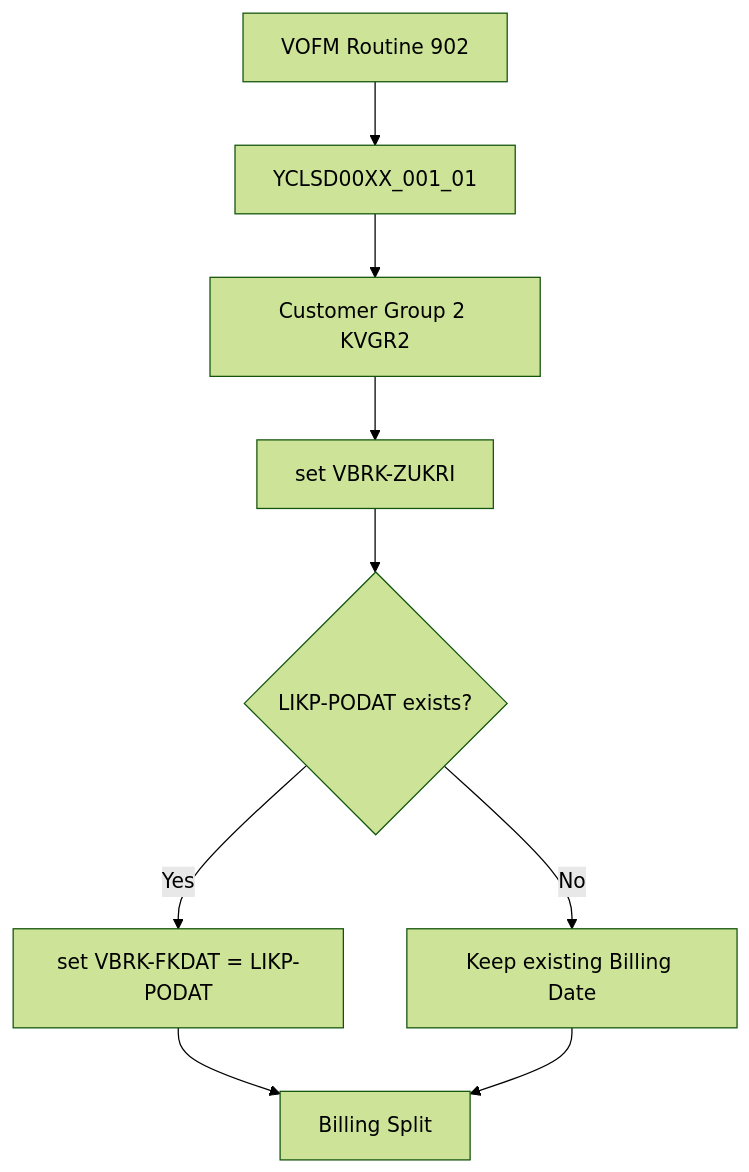
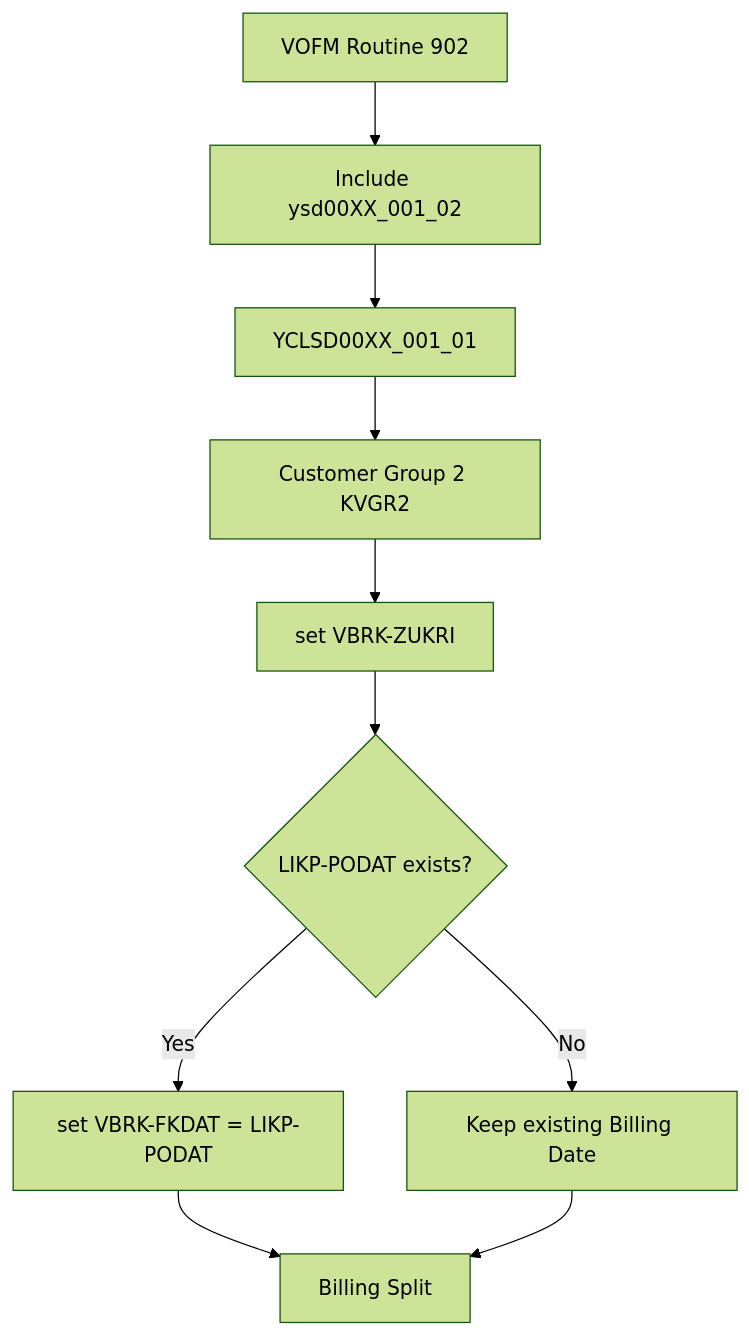
The second of 2 diagrams in sap/abap/Classical/demo1/README.md (blackif/demo), drawn with Mermaid (forest theme) before and after one commit. The commit also changed other lines of this file, not shown here.

Commit message:
docs: update demo1 flow diagrams with includes

````diff
--- a/sap/abap/Classical/demo1/README.md
+++ b/sap/abap/Classical/demo1/README.md
@@ -67,11 +72,12 @@
 ```mermaid
 flowchart TD
-    A2[VOFM Routine 902] --> B2[YCLSD00XX_001_01]
-    B2 --> C2[Customer Group 2 KVGR2]
-    C2 --> D2[set VBRK-ZUKRI]
-    D2 --> E2{LIKP-PODAT exists?}
-    E2 -- Yes --> F2[set VBRK-FKDAT = LIKP-PODAT]
-    E2 -- No --> G2[Keep existing Billing Date]
-    F2 --> H2[Billing Split]
-    G2 --> H2
+    A2[VOFM Routine 902] --> B2[Include ysd00XX_001_02]
+    B2 --> C2[YCLSD00XX_001_01]
+    C2 --> D2[Customer Group 2 KVGR2]
+    D2 --> E2[set VBRK-ZUKRI]
+    E2 --> F2{LIKP-PODAT exists?}
+    F2 -- Yes --> G2[set VBRK-FKDAT = LIKP-PODAT]
+    F2 -- No --> H2[Keep existing Billing Date]
+    G2 --> I2[Billing Split]
+    H2 --> I2
 ```
````
